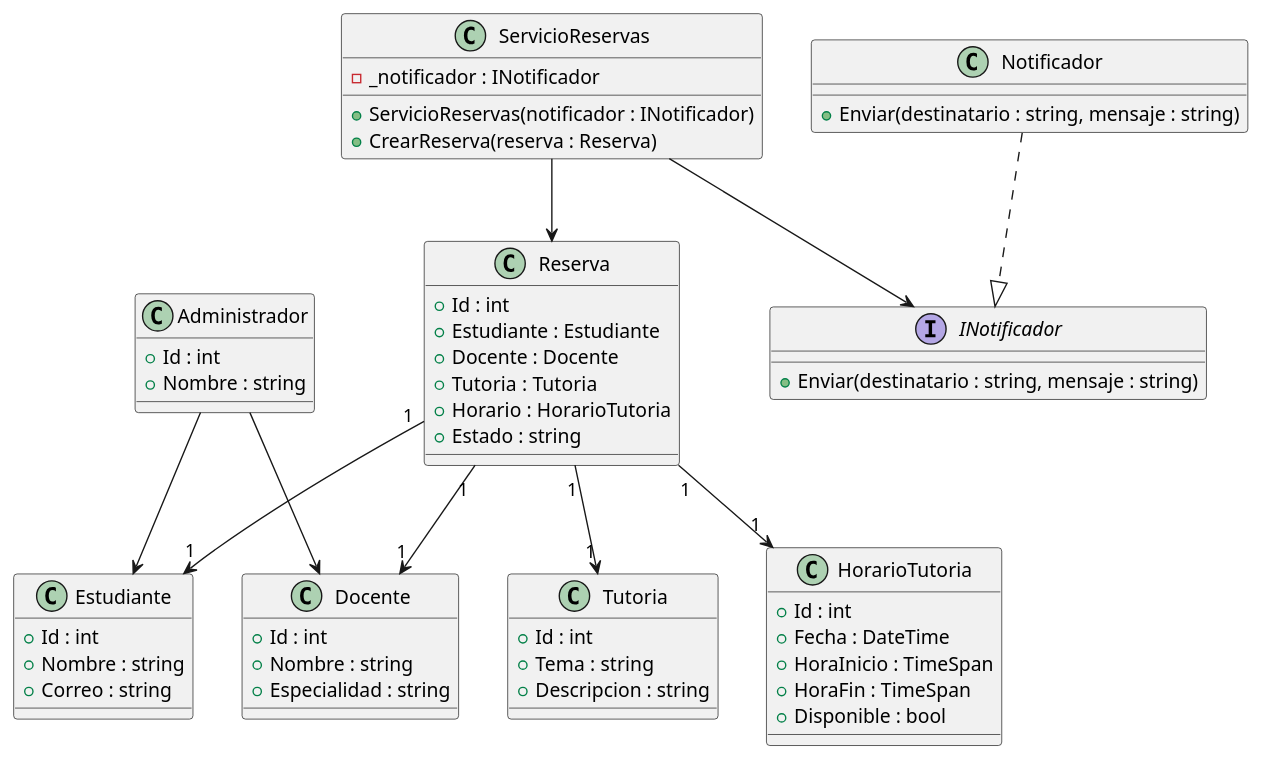
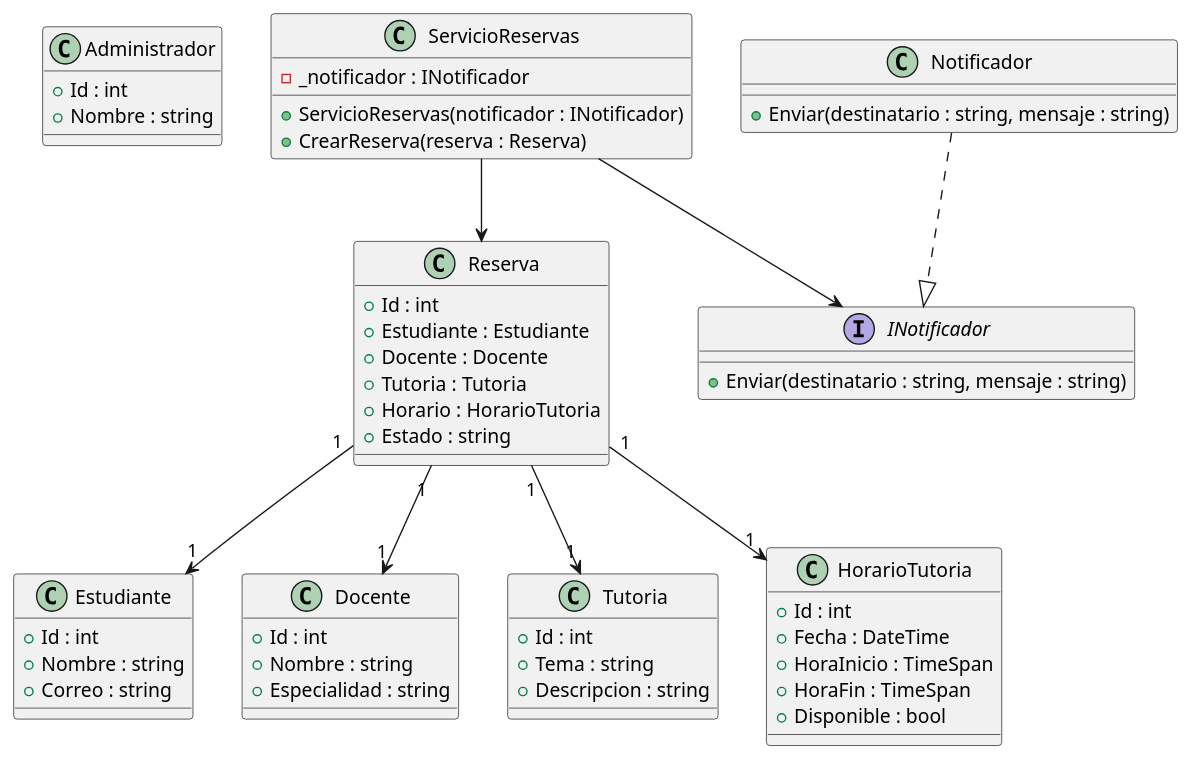
The diagram in Documentacion/modelo-clases.puml (Yampi8802/SistemaTutorias), drawn with PlantUML before and after one commit. The commit also changed 2 other files, not shown here.

Commit message:
refactor: actualizar UML y datos de prueba

```diff
--- a/Documentacion/modelo-clases.puml
+++ b/Documentacion/modelo-clases.puml
@@ -1,70 +1,68 @@
 @startuml
 
 class Administrador {
     +Id : int
     +Nombre : string
 }
 
 class Estudiante {
     +Id : int
     +Nombre : string
     +Correo : string
 }
 
 class Docente {
     +Id : int
     +Nombre : string
     +Especialidad : string
 }
 
 class Tutoria {
     +Id : int
     +Tema : string
     +Descripcion : string
 }
 
 class HorarioTutoria {
     +Id : int
     +Fecha : DateTime
     +HoraInicio : TimeSpan
     +HoraFin : TimeSpan
     +Disponible : bool
 }
 
 class Reserva {
     +Id : int
     +Estudiante : Estudiante
     +Docente : Docente
     +Tutoria : Tutoria
     +Horario : HorarioTutoria
     +Estado : string
 }
 
 interface INotificador {
     +Enviar(destinatario : string, mensaje : string)
 }
 
 class Notificador {
     +Enviar(destinatario : string, mensaje : string)
 }
 
 class ServicioReservas {
     -_notificador : INotificador
     +ServicioReservas(notificador : INotificador)
     +CrearReserva(reserva : Reserva)
 }
 
 Reserva "1" --> "1" Estudiante
 Reserva "1" --> "1" Docente
 Reserva "1" --> "1" Tutoria
 Reserva "1" --> "1" HorarioTutoria
 
 Notificador ..|> INotificador
 
 ServicioReservas --> Reserva
 ServicioReservas --> INotificador
 
-Administrador --> Estudiante
-Administrador --> Docente
 
 @enduml
```
